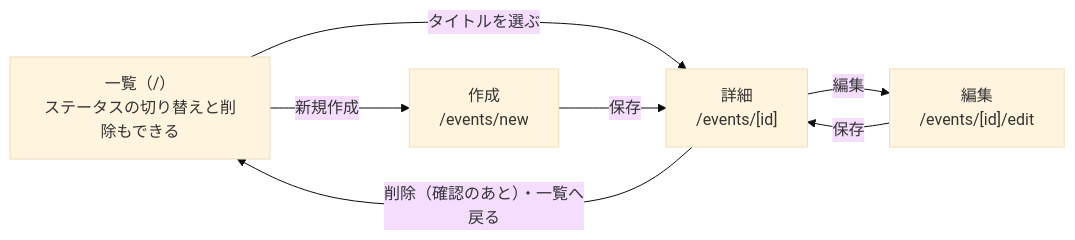
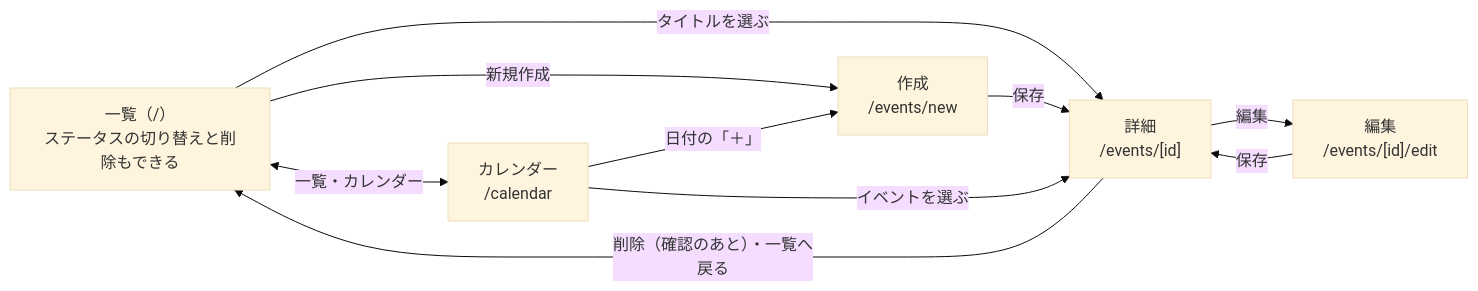
The first of 2 diagrams in docs/要件定義書.md (y0408e0301-star/events), drawn with Mermaid (base theme) before and after one commit. The commit also changed other lines of this file and 21 other files, not shown here.

````diff
--- a/docs/要件定義書.md
+++ b/docs/要件定義書.md
@@ -168,13 +170,17 @@
 ```mermaid
 flowchart LR
     list["一覧（/）<br/>ステータスの切り替えと削除もできる"]
+    cal["カレンダー<br/>/calendar"]
     new["作成<br/>/events/new"]
     detail["詳細<br/>/events/[id]"]
     edit["編集<br/>/events/[id]/edit"]
     list -- 新規作成 --> new
     list -- タイトルを選ぶ --> detail
     new -- 保存 --> detail
     detail -- 編集 --> edit
     edit -- 保存 --> detail
     detail -- 削除（確認のあと）・一覧へ戻る --> list
+    list <-- 一覧・カレンダー --> cal
+    cal -- イベントを選ぶ --> detail
+    cal -- 日付の「＋」 --> new
 ```
````
